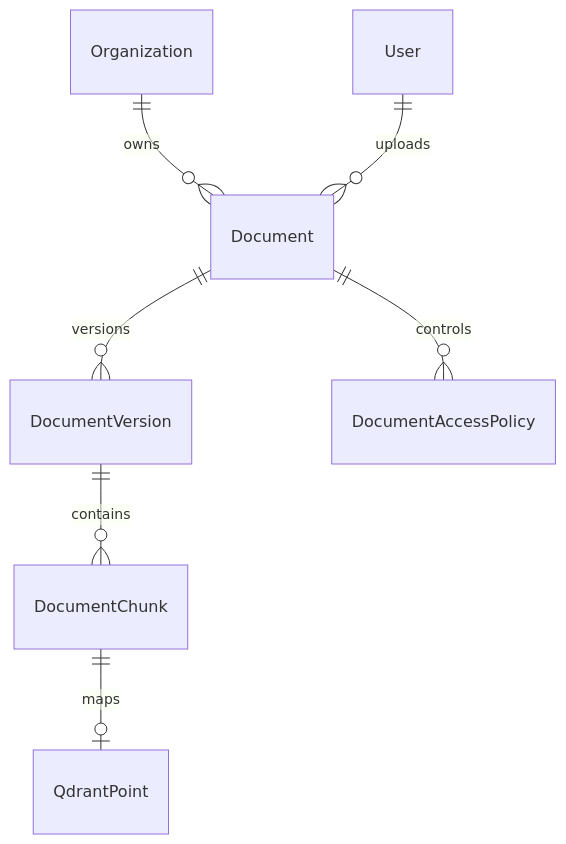
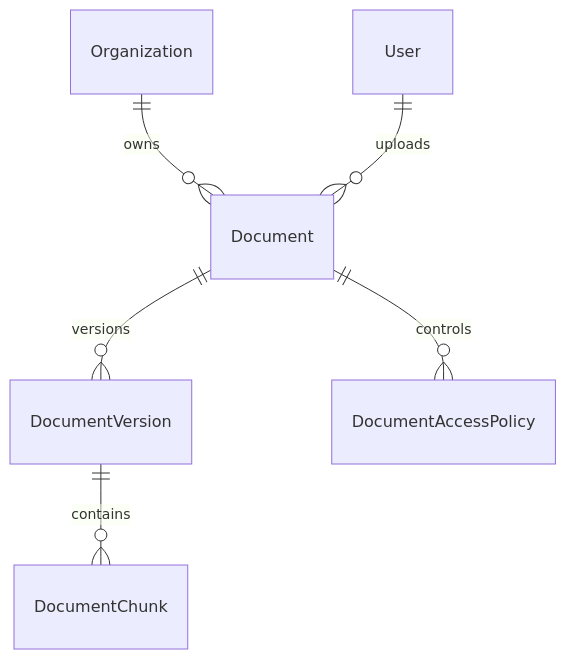
Before and after one commit to GHK73/enterprise-rag-platform: the second of 2 diagrams in docs/DATABASE.md, drawn with Mermaid. The commit also changed other lines of this file and 11 other files, not shown here.

```diff
--- a/docs/DATABASE.md
+++ b/docs/DATABASE.md
@@ -581,12 +519,10 @@
 ~~~mermaid
 erDiagram
     Organization ||--o{ Document : owns
     User ||--o{ Document : uploads
 
     Document ||--o{ DocumentVersion : versions
     Document ||--o{ DocumentAccessPolicy : controls
 
     DocumentVersion ||--o{ DocumentChunk : contains
-
-    DocumentChunk ||--o| QdrantPoint : maps
 ~~~
```
